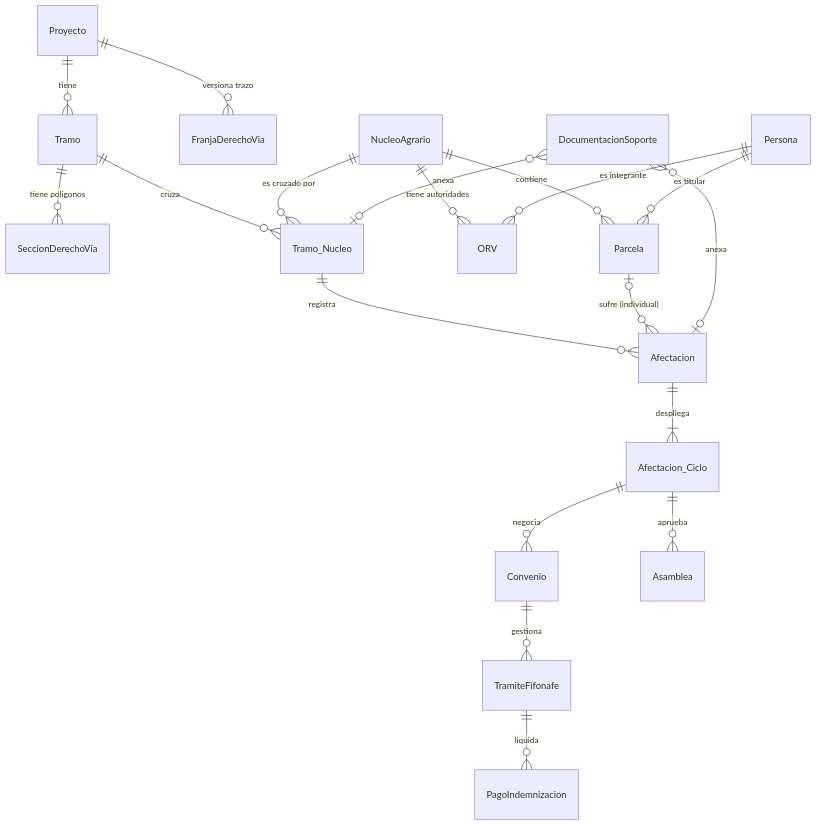
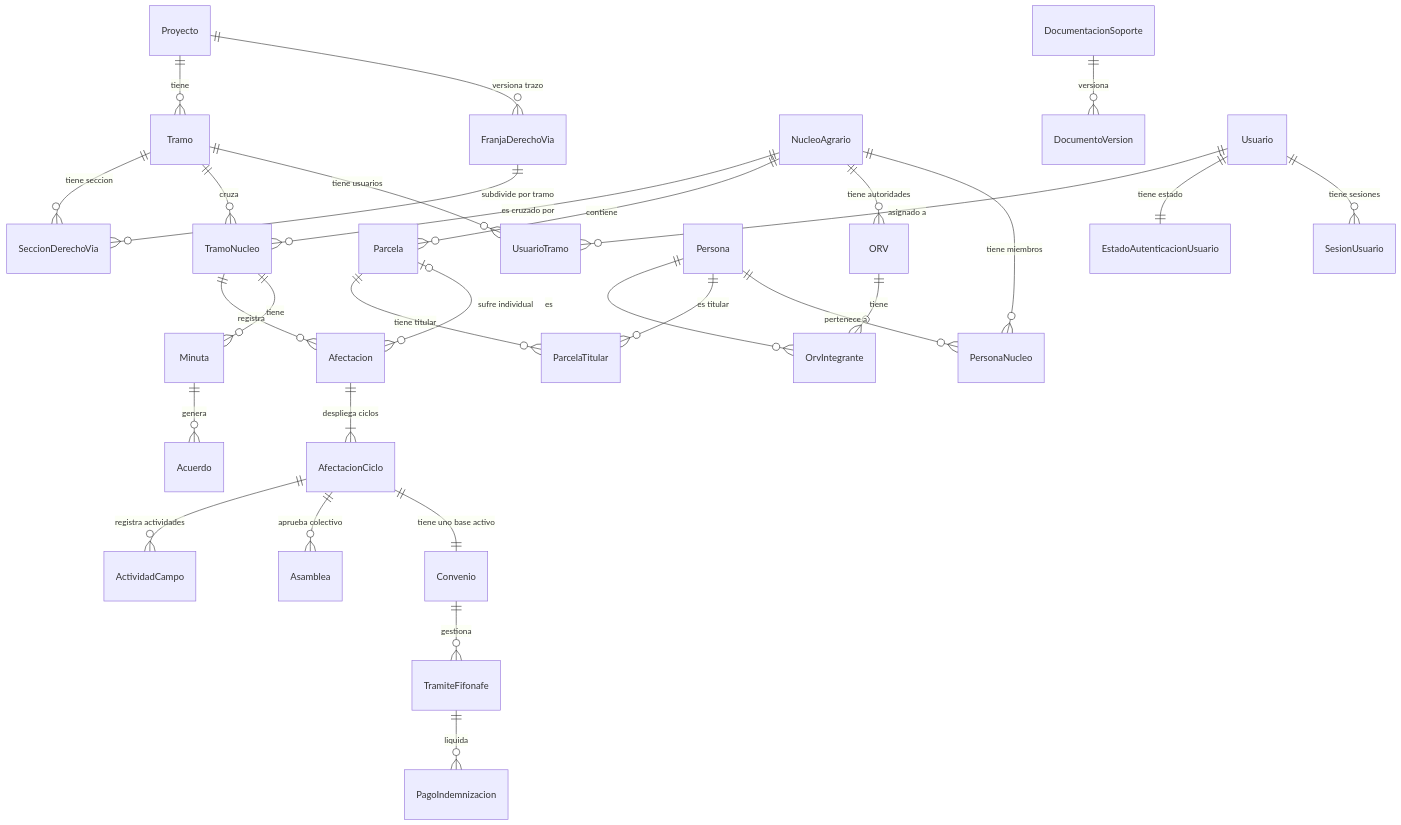
The first of 3 diagrams in docs/Arquitectura_Actual.md (JPonce-23/Software-PA), drawn with Mermaid before and after one commit. The commit also changed other lines of this file and 1 other file, not shown here.

````diff
--- a/docs/Arquitectura_Actual.md
+++ b/docs/Arquitectura_Actual.md
@@ -166,27 +874,35 @@
 ```mermaid
 erDiagram
     Proyecto ||--o{ Tramo : "tiene"
     Proyecto ||--o{ FranjaDerechoVia : "versiona trazo"
-    Tramo ||--o{ SeccionDerechoVia : "tiene poligonos"
+    FranjaDerechoVia ||--o{ SeccionDerechoVia : "subdivide por tramo"
+    Tramo ||--o{ SeccionDerechoVia : "tiene seccion"
+    Tramo ||--o{ TramoNucleo : "cruza"
+    NucleoAgrario ||--o{ TramoNucleo : "es cruzado por"
     NucleoAgrario ||--o{ Parcela : "contiene"
     NucleoAgrario ||--o{ ORV : "tiene autoridades"
-    
-    Tramo ||--o{ Tramo_Nucleo : "cruza"
-    NucleoAgrario ||--o{ Tramo_Nucleo : "es cruzado por"
-    
-    Tramo_Nucleo ||--o{ Afectacion : "registra"
-    Parcela |o--o{ Afectacion : "sufre (individual)"
-    
-    Afectacion ||--|{ Afectacion_Ciclo : "despliega"
-    
-    Afectacion_Ciclo ||--o{ Convenio : "negocia"
-    Afectacion_Ciclo ||--o{ Asamblea : "aprueba"
+    ORV ||--o{ OrvIntegrante : "tiene"
+    Persona ||--o{ OrvIntegrante : "es"
+    Persona ||--o{ ParcelaTitular : "es titular"
+    Parcela ||--o{ ParcelaTitular : "tiene titular"
+    Persona ||--o{ PersonaNucleo : "pertenece a"
+    NucleoAgrario ||--o{ PersonaNucleo : "tiene miembros"
+
+    TramoNucleo ||--o{ Afectacion : "registra"
+    Parcela |o--o{ Afectacion : "sufre individual"
+    Afectacion ||--|{ AfectacionCiclo : "despliega ciclos"
+    AfectacionCiclo ||--o{ ActividadCampo : "registra actividades"
+    AfectacionCiclo ||--o{ Asamblea : "aprueba colectivo"
+    AfectacionCiclo ||--|| Convenio : "tiene uno base activo"
     Convenio ||--o{ TramiteFifonafe : "gestiona"
     TramiteFifonafe ||--o{ PagoIndemnizacion : "liquida"
-    
-    Persona ||--o{ Parcela : "es titular"
-    Persona ||--o{ ORV : "es integrante"
-    
-    DocumentacionSoporte }o--o| Tramo_Nucleo : "anexa"
-    DocumentacionSoporte }o--o| Afectacion : "anexa"
+
+    DocumentacionSoporte ||--o{ DocumentoVersion : "versiona"
+    Minuta ||--o{ Acuerdo : "genera"
+    TramoNucleo ||--o{ Minuta : "tiene"
+
+    Usuario ||--o{ UsuarioTramo : "asignado a"
+    Tramo ||--o{ UsuarioTramo : "tiene usuarios"
+    Usuario ||--|| EstadoAutenticacionUsuario : "tiene estado"
+    Usuario ||--o{ SesionUsuario : "tiene sesiones"
 ```
````
